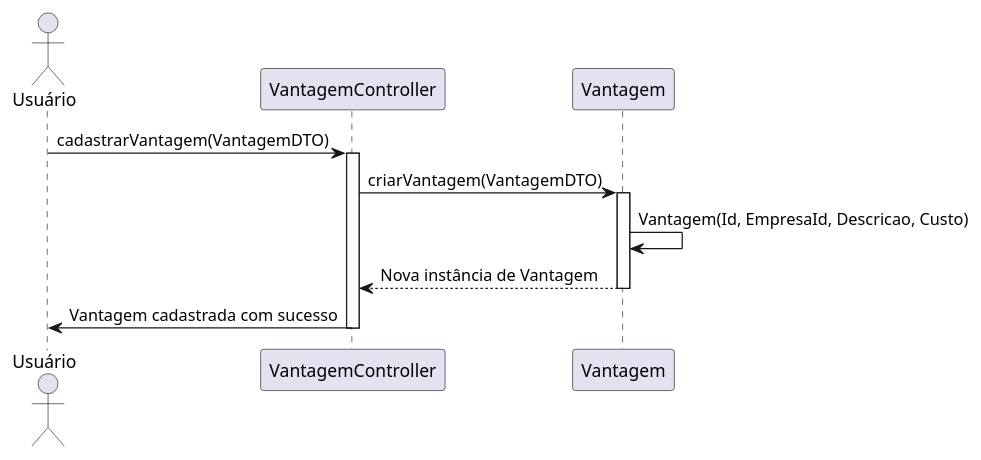
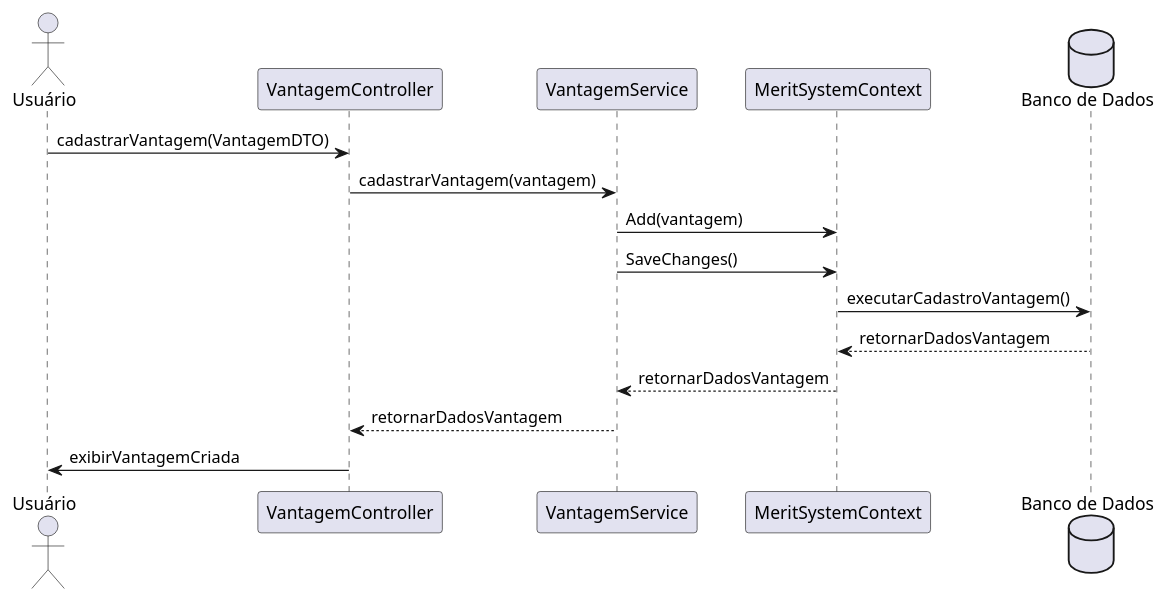
Before and after one commit to JoaoRajao/SistemaMoedaEstudantil: the diagram in Projeto/diagSeq_CadastroVantagem.puml, drawn with PlantUML. The commit also changed 1 other file, not shown here.

Commit message:
atualizacao diagrama de sequencia

```diff
--- a/Projeto/diagSeq_CadastroVantagem.puml
+++ b/Projeto/diagSeq_CadastroVantagem.puml
@@ -1,19 +1,23 @@
 @startuml Cadastro de Vantagem
 actor User as "Usuário"
 participant "VantagemController" as Controlador
-participant "Vantagem" as Entidade
+participant "VantagemService" as service
+participant "MeritSystemContext" as dbContext
+database "Banco de Dados" as db
 
 User -> Controlador: cadastrarVantagem(VantagemDTO)
-activate Controlador
 
-Controlador -> Entidade: criarVantagem(VantagemDTO)
-activate Entidade
+Controlador -> service: cadastrarVantagem(vantagem)
 
-Entidade -> Entidade: Vantagem(Id, EmpresaId, Descricao, Custo)
-return Nova instância de Vantagem
+service -> dbContext: Add(vantagem)
+service -> dbContext: SaveChanges()
 
-deactivate Entidade
+dbContext -> db: executarCadastroVantagem()
+db --> dbContext: retornarDadosVantagem
 
-Controlador -> User: Vantagem cadastrada com sucesso
-deactivate Controlador
+dbContext --> service: retornarDadosVantagem
+
+service --> Controlador: retornarDadosVantagem
+
+Controlador -> User: exibirVantagemCriada
 @enduml
```
